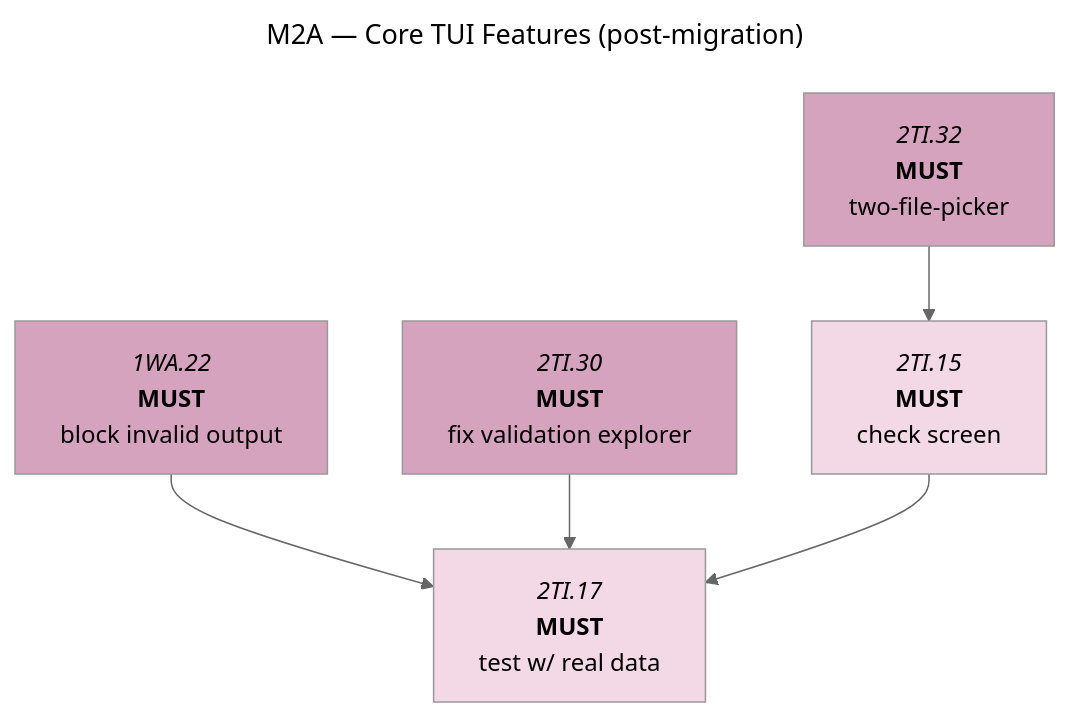
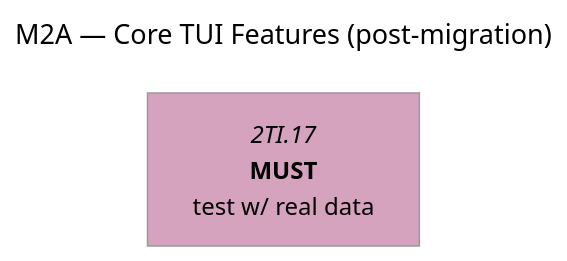
The second of 5 diagrams in docs/roadmaps/phase-1-mvp-features.md (foundersandcoders/iris), drawn with Mermaid (neutral theme) before and after one commit. The commit also changed other lines of this file, not shown here.

Commit message:
docs: update roadmap

````diff
--- a/docs/roadmaps/phase-1-mvp-features.md
+++ b/docs/roadmaps/phase-1-mvp-features.md
@@ -149,23 +149,16 @@
 ```mermaid
 ---
 title: M2A — Core TUI Features (post-migration)
 ---
 graph TD
 
-1WA.22["`*1WA.22*<br/>**MUST**<br/>block invalid output`"]:::must-open
-2TI.30["`*2TI.30*<br/>**MUST**<br/>fix validation explorer`"]:::must-open
-2TI.32["`*2TI.32*<br/>**MUST**<br/>two-file-picker`"]:::must-open
-2TI.15["`*2TI.15*<br/>**MUST**<br/>check screen`"]:::must-blocked
-2TI.17["`*2TI.17*<br/>**MUST**<br/>test w/ real data`"]:::must-blocked
-
-2TI.32 --> 2TI.15
-1WA.22 & 2TI.30 & 2TI.15 --> 2TI.17
+2TI.17["`*2TI.17*<br/>**MUST**<br/>test w/ real data`"]:::must-open
 
 classDef must-open fill:#D6A3BF,color:#000;
 classDef must-blocked fill:#F3D8E6,color:#000;
 classDef should-open fill:#6F2A52,color:#fff;
 classDef should-blocked fill:#A45A84,color:#fff;
 classDef could-open fill:#3E7F96,color:#fff;
 classDef could-blocked fill:#5FA3BA,color:#fff;
 classDef mile fill:#E8EFF6,color:#000;
 ```
````
